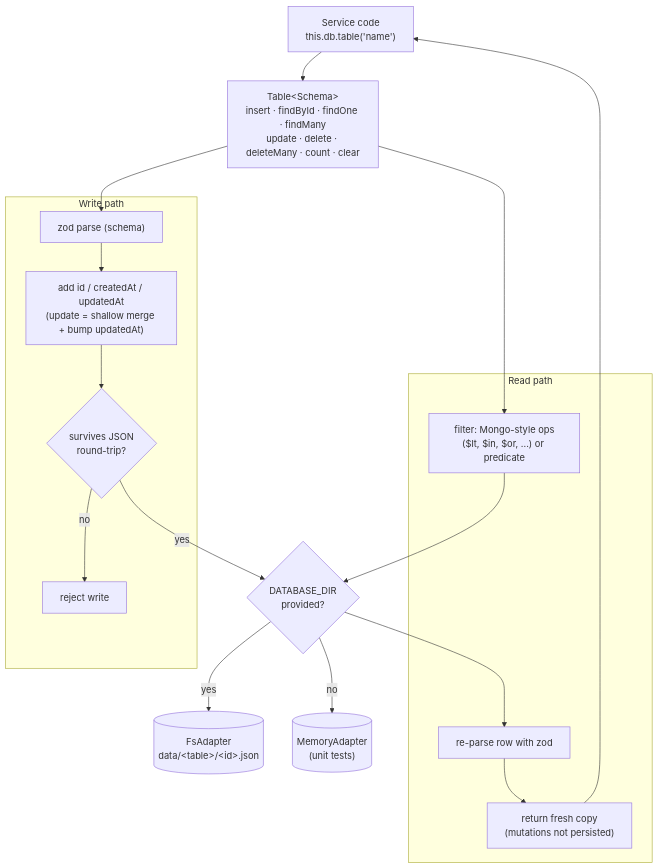
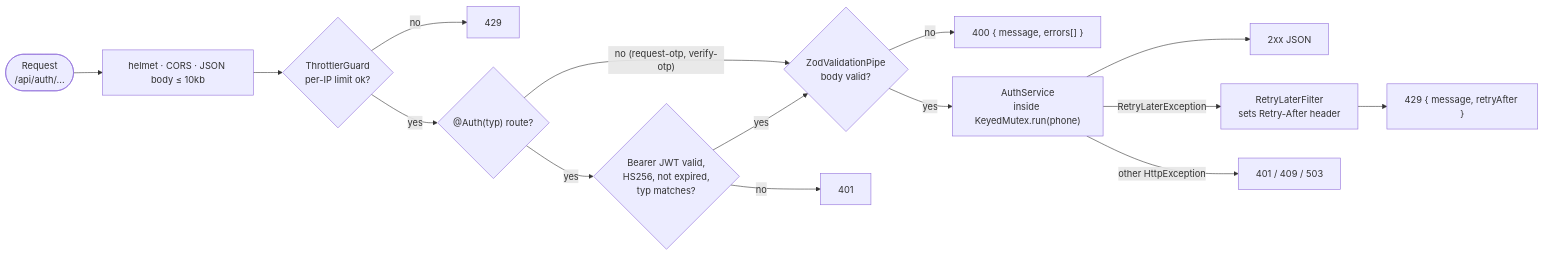
One commit to ormizj/OtpAuthAssessment changed the third of 10 diagrams in FLOW.md. Above: the diagram before and after it, drawn with Mermaid. The commit also changed other lines of this file and 2 other files, not shown here.

Commit message:
Document assumptions and update flow diagrams to the implemented app

````diff
--- a/FLOW.md
+++ b/FLOW.md
@@ -97,31 +89,16 @@
 ```mermaid
-flowchart TB
-    caller["Service code<br/>this.db.table('name')"]
-    table["Table&lt;Schema&gt;<br/>insert · findById · findOne · findMany<br/>update · delete · deleteMany · count · clear"]
-
-    subgraph Write["Write path"]
-        w1["zod parse (schema)"]
-        w2["add id / createdAt / updatedAt<br/>(update = shallow merge + bump updatedAt)"]
-        w3{"survives JSON<br/>round-trip?"}
-        rej["reject write"]
-    end
-
-    subgraph Read["Read path"]
-        r1["filter: Mongo-style ops<br/>($lt, $in, $or, ...) or predicate"]
-        r2["re-parse row with zod"]
-        r3["return fresh copy<br/>(mutations not persisted)"]
-    end
-
-    adapter{"DATABASE_DIR<br/>provided?"}
-    fs[("FsAdapter<br/>data/&lt;table&gt;/&lt;id&gt;.json")]
-    mem[("MemoryAdapter<br/>(unit tests)")]
-
-    caller --> table
-    table --> w1 --> w2 --> w3
-    w3 -- no --> rej
-    w3 -- yes --> adapter
-    table --> r1 --> adapter
-    adapter -- yes --> fs
-    adapter -- no --> mem
-    adapter --> r2 --> r3 --> caller
+flowchart LR
+    req(["Request<br/>/api/auth/..."]) --> mw["helmet · CORS · JSON body ≤ 10kb"]
+    mw --> thr{"ThrottlerGuard<br/>per-IP limit ok?"}
+    thr -- no --> r429a["429"]
+    thr -- yes --> auth{"@Auth(typ) route?"}
+    auth -- "no (request-otp, verify-otp)" --> pipe
+    auth -- yes --> jwt{"Bearer JWT valid,<br/>HS256, not expired,<br/>typ matches?"}
+    jwt -- no --> r401["401"]
+    jwt -- yes --> pipe{"ZodValidationPipe<br/>body valid?"}
+    pipe -- no --> r400["400 { message, errors[] }"]
+    pipe -- yes --> svc["AuthService<br/>inside KeyedMutex.run(phone)"]
+    svc --> ok["2xx JSON"]
+    svc -- "RetryLaterException" --> filt["RetryLaterFilter<br/>sets Retry-After header"] --> r429b["429 { message, retryAfter }"]
+    svc -- "other HttpException" --> err["401 / 409 / 503"]
 ```
````
